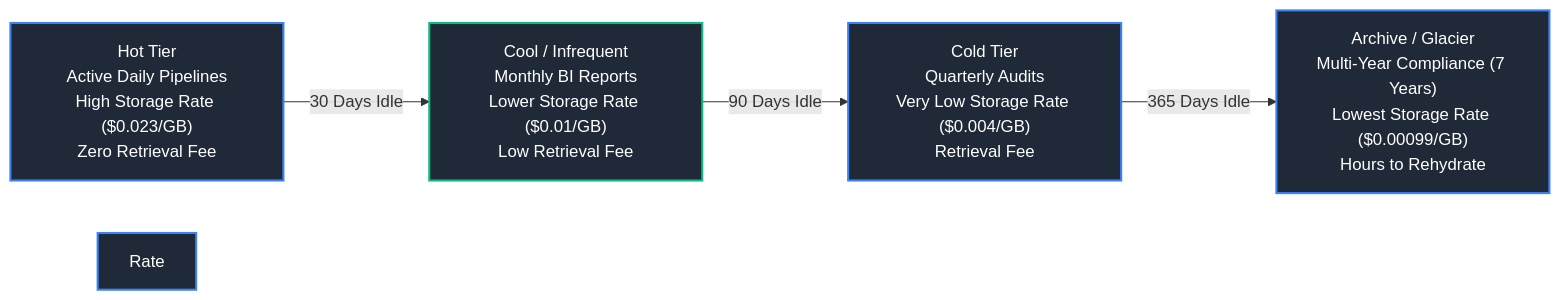
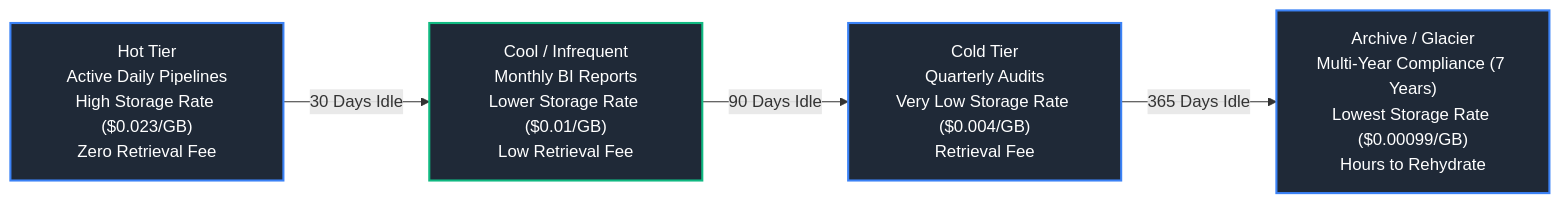
One commit to joydeep-biswas/Interview-Preparation changed the eighth of 16 diagrams in Data Engineering/07_file_formats_and_storage.md. Above: the diagram before and after it, drawn with Mermaid. The commit also changed other lines of this file and 76 other files, not shown here.

Commit message:
Updated Charts

````diff
--- a/Data Engineering/07_file_formats_and_storage.md
+++ b/Data Engineering/07_file_formats_and_storage.md
@@ -410,15 +412,14 @@
 ```mermaid
 flowchart LR
     Hot["Hot Tier<br/>Active Daily Pipelines<br/>High Storage Rate ($0.023/GB)<br/>Zero Retrieval Fee"]
     Cool["Cool / Infrequent<br/>Monthly BI Reports<br/>Lower Storage Rate ($0.01/GB)<br/>Low Retrieval Fee"]
     Cold["Cold Tier<br/>Quarterly Audits<br/>Very Low Storage Rate ($0.004/GB)<br/>Retrieval Fee"]
     Archive["Archive / Glacier<br/>Multi-Year Compliance (7 Years)<br/>Lowest Storage Rate ($0.00099/GB)<br/>Hours to Rehydrate"]
 
     Hot -->|30 Days Idle| Cool -->|90 Days Idle| Cold -->|365 Days Idle| Archive
 
     style Hot fill:#1f2937,stroke:#3b82f6,stroke-width:2px,color:#fff
     style Cool fill:#1f2937,stroke:#10b981,stroke-width:2px,color:#fff
     style Cold fill:#1f2937,stroke:#3b82f6,stroke-width:2px,color:#fff
     style Archive fill:#1f2937,stroke:#3b82f6,stroke-width:2px,color:#fff
-    style Rate fill:#1f2937,stroke:#3b82f6,stroke-width:2px,color:#fff
 ```
````
